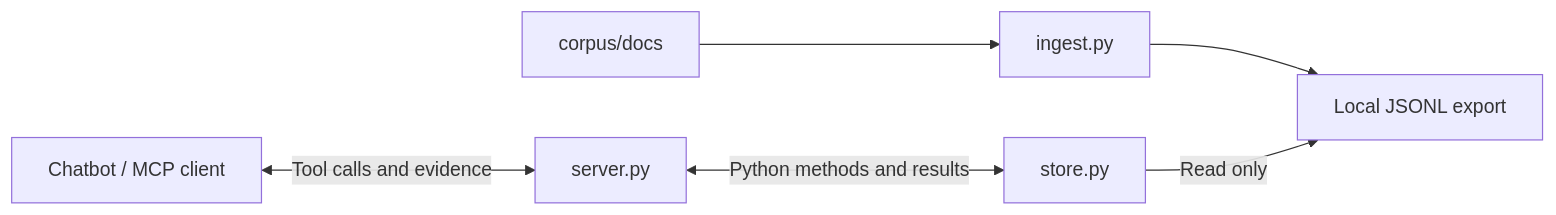
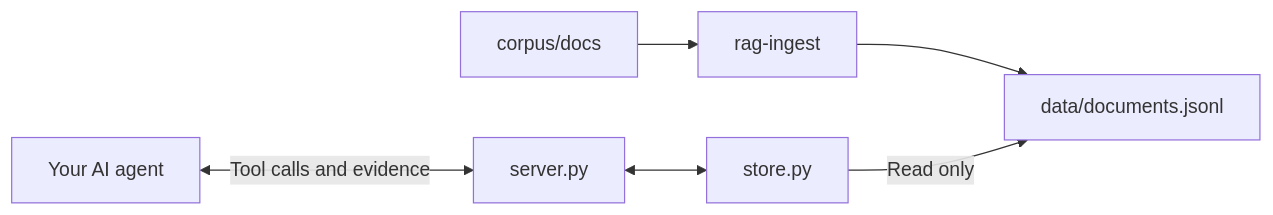
The diagram in README.md (Cambrian-Systems/RAG-Symposium), drawn with Mermaid before and after one commit. The commit also changed other lines of this file and 11 other files, not shown here.

````diff
--- a/README.md
+++ b/README.md
@@ -152,8 +67,8 @@
 ```mermaid
 flowchart LR
-    K[corpus/docs] --> I[ingest.py]
-    I --> D[Local JSONL export]
-    C[Chatbot / MCP client] <-->|Tool calls and evidence| S[server.py]
-    S <-->|Python methods and results| R[store.py]
+    K[corpus/docs] --> I[rag-ingest]
+    I --> D[data/documents.jsonl]
+    C[Your AI agent] <-->|Tool calls and evidence| S[server.py]
+    S <--> R[store.py]
     R -->|Read only| D
 ```
````
